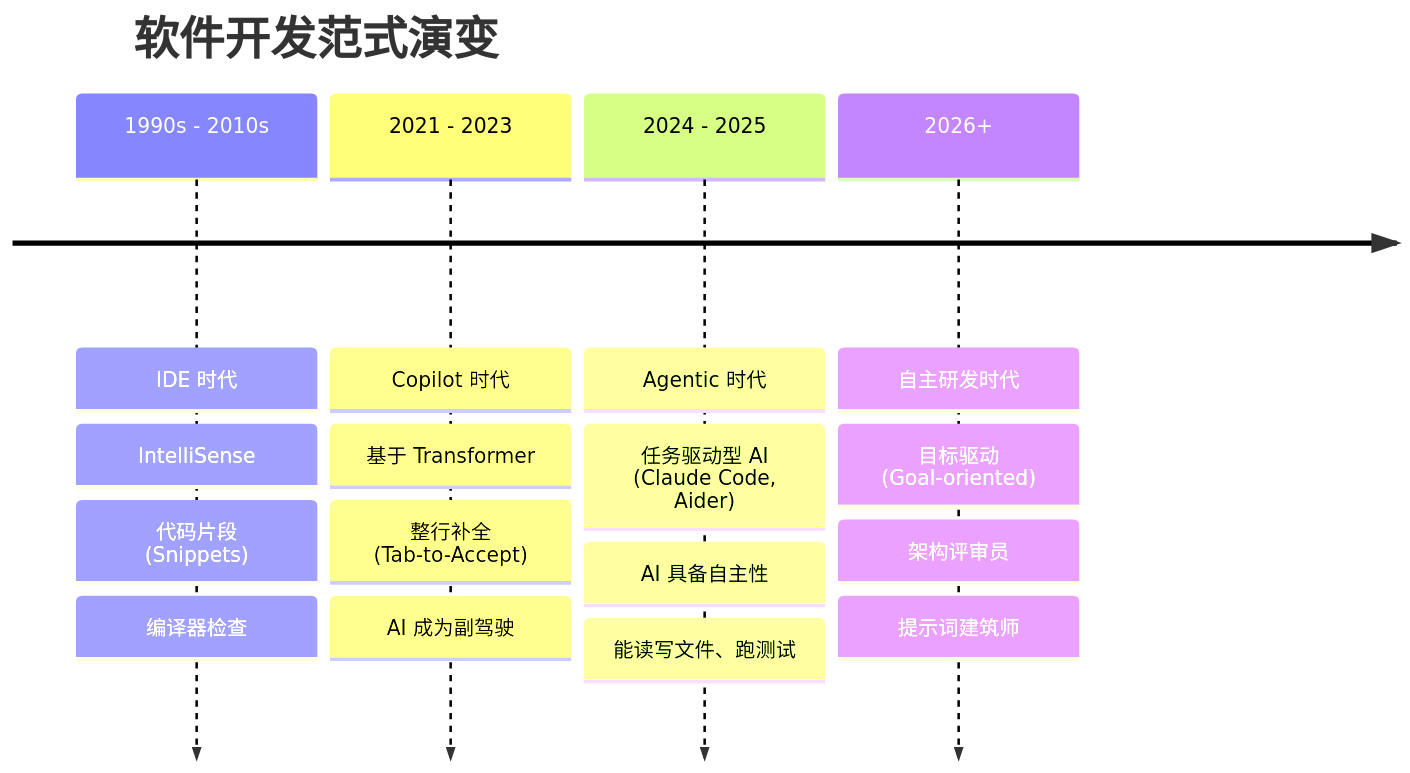
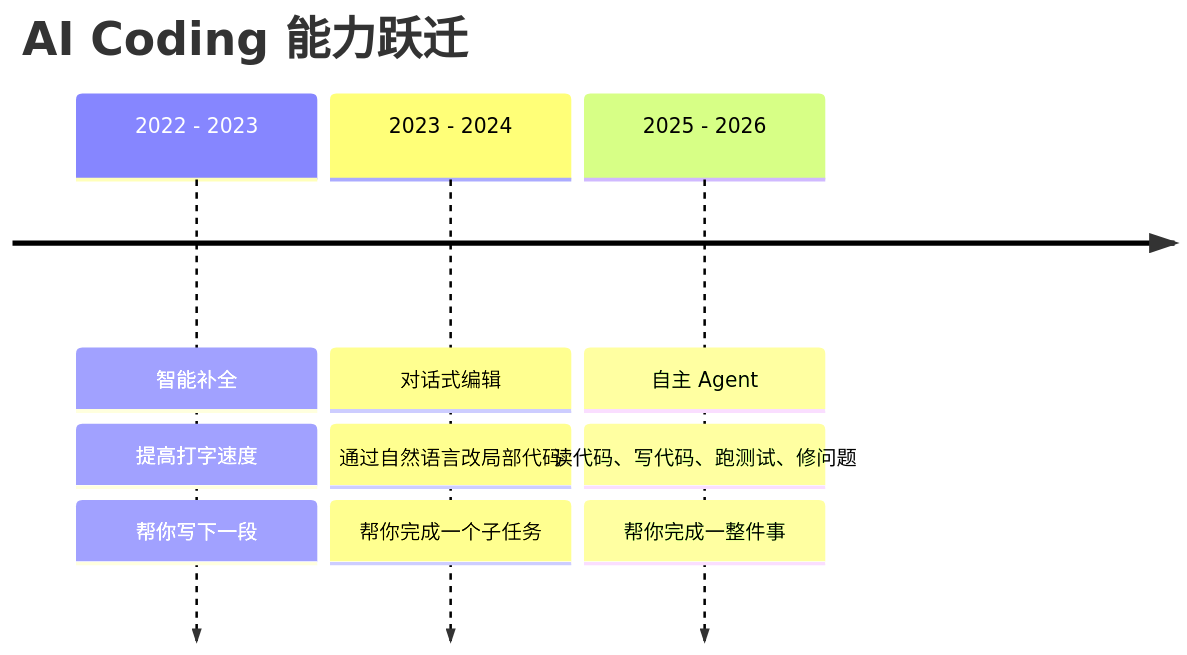
Before and after one commit to boycecong-hue/OCTOPUS-GAME-AI-SHARE: the diagram in sections/01-intro.md, drawn with Mermaid. The commit also changed other lines of this file and 6 other files, not shown here.

````diff
--- a/sections/01-intro.md
+++ b/sections/01-intro.md
@@ -9,8 +9,7 @@
 ```mermaid
 timeline
-    title 软件开发范式演变
-    1990s - 2010s : IDE 时代 : IntelliSense : 代码片段 (Snippets) : 编译器检查
-    2021 - 2023 : Copilot 时代 : 基于 Transformer : 整行补全 (Tab-to-Accept) : AI 成为副驾驶
-    2024 - 2025 : Agentic 时代 : 任务驱动型 AI (Claude Code, Aider) : AI 具备自主性 : 能读写文件、跑测试
-    2026+ : 自主研发时代 : 目标驱动 (Goal-oriented) : 架构评审员 : 提示词建筑师
+    title AI Coding 能力跃迁
+    2022 - 2023 : 智能补全 : 提高打字速度 : 帮你写下一段
+    2023 - 2024 : 对话式编辑 : 通过自然语言改局部代码 : 帮你完成一个子任务
+    2025 - 2026 : 自主 Agent : 读代码、写代码、跑测试、修问题 : 帮你完成一整件事
 ```
````
